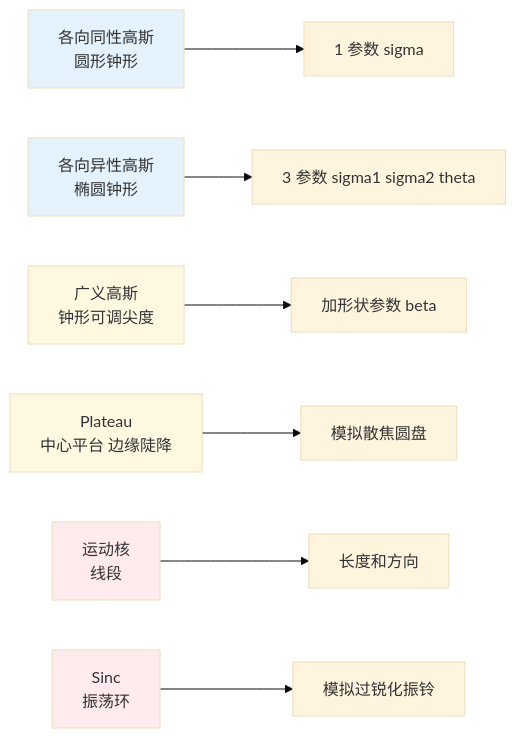
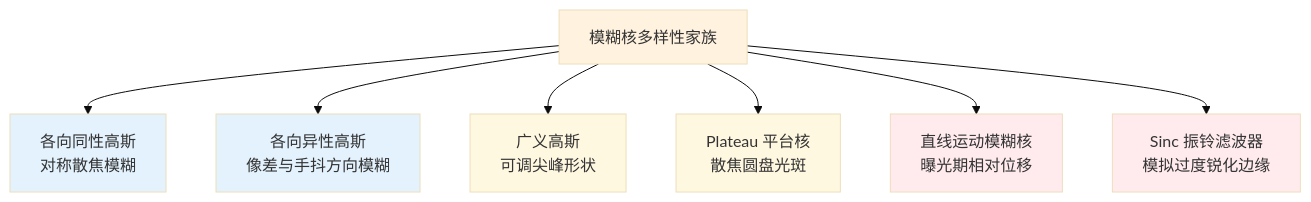
The fourth of 5 diagrams in chapters/05-degradation-pipeline.md (yingwang/image-enhancement-guide), drawn with Mermaid (base theme) before and after one commit. The commit also changed other lines of this file and 18 other files, not shown here.

````diff
--- a/chapters/05-degradation-pipeline.md
+++ b/chapters/05-degradation-pipeline.md
@@ -450,16 +282,17 @@
 ```mermaid
-graph LR
-    A[各向同性高斯<br/>圆形钟形] --> Aa[1 参数 sigma]
-    B[各向异性高斯<br/>椭圆钟形] --> Bb[3 参数 sigma1 sigma2 theta]
-    C[广义高斯<br/>钟形可调尖度] --> Cc[加形状参数 beta]
-    D[Plateau<br/>中心平台 边缘陡降] --> Dd[模拟散焦圆盘]
-    E[运动核<br/>线段] --> Ee[长度和方向]
-    F[Sinc<br/>振荡环] --> Ff[模拟过锐化振铃]
+graph TD
+    Root["模糊核多样性家族"] --> Iso["各向同性高斯<br/>对称散焦模糊"]
+    Root --> Aniso["各向异性高斯<br/>像差与手抖方向模糊"]
+    Root --> Gen["广义高斯<br/>可调尖峰形状"]
+    Root --> Plat["Plateau 平台核<br/>散焦圆盘光斑"]
+    Root --> Mot["直线运动模糊核<br/>曝光期相对位移"]
+    Root --> Sinc["Sinc 振铃滤波器<br/>模拟过度锐化边缘"]
 
-    style A fill:#e3f2fd
-    style B fill:#e3f2fd
-    style C fill:#fff8e1
-    style D fill:#fff8e1
-    style E fill:#ffebee
-    style F fill:#ffebee
+    style Root fill:#fff3e0
+    style Iso fill:#e3f2fd
+    style Aniso fill:#e3f2fd
+    style Gen fill:#fff8e1
+    style Plat fill:#fff8e1
+    style Mot fill:#ffebee
+    style Sinc fill:#ffebee
 ```
````
